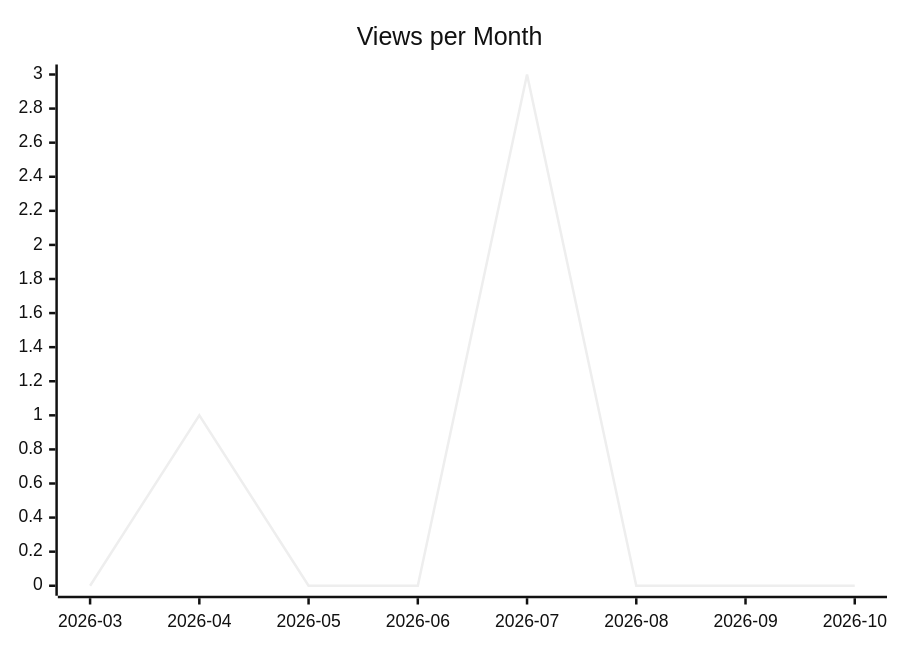
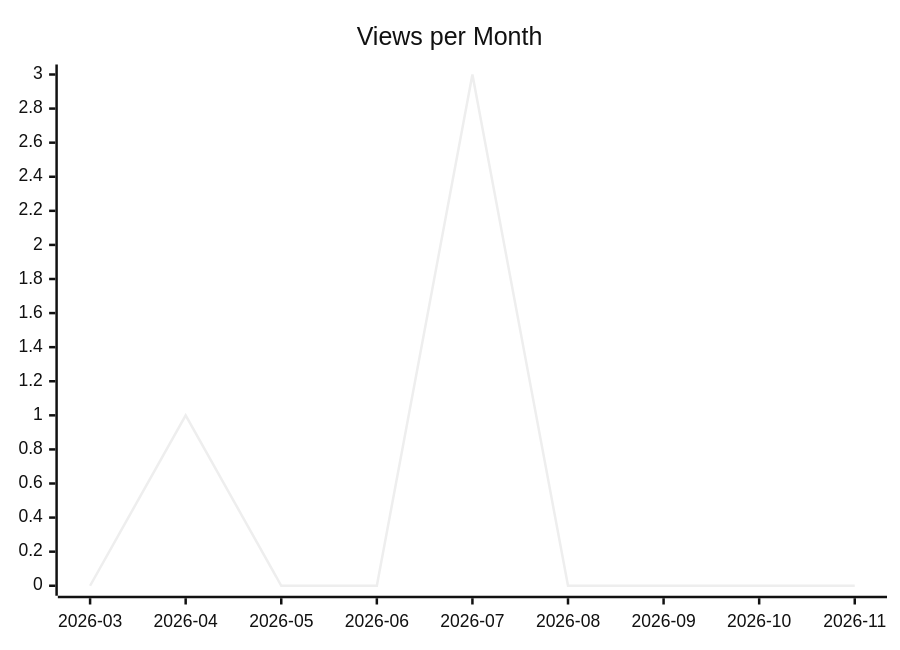
One commit to justdavis-family/github-analytics-data changed the second of 3 diagrams in justdavis-family/github-analytics-data/README.md. Above: the diagram before and after it, drawn with Mermaid (neutral theme). The commit also changed other lines of this file and 201 other files, not shown here.

````diff
--- a/justdavis-family/github-analytics-data/README.md
+++ b/justdavis-family/github-analytics-data/README.md
@@ -12,6 +12,6 @@
 ```mermaid
 xychart-beta
   title "Views per Month"
-  x-axis ["2026-03", "2026-04", "2026-05", "2026-06", "2026-07", "2026-08", "2026-09", "2026-10"]
-  line [0, 1, 0, 0, 3, 0, 0, 0]
+  x-axis ["2026-03", "2026-04", "2026-05", "2026-06", "2026-07", "2026-08", "2026-09", "2026-10", "2026-11"]
+  line [0, 1, 0, 0, 3, 0, 0, 0, 0]
 ```
````
